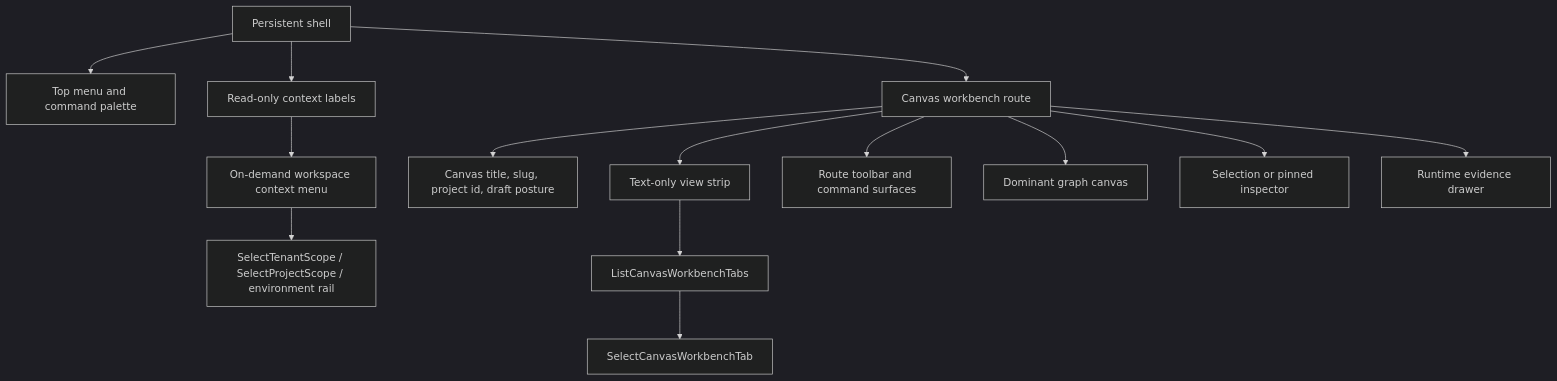
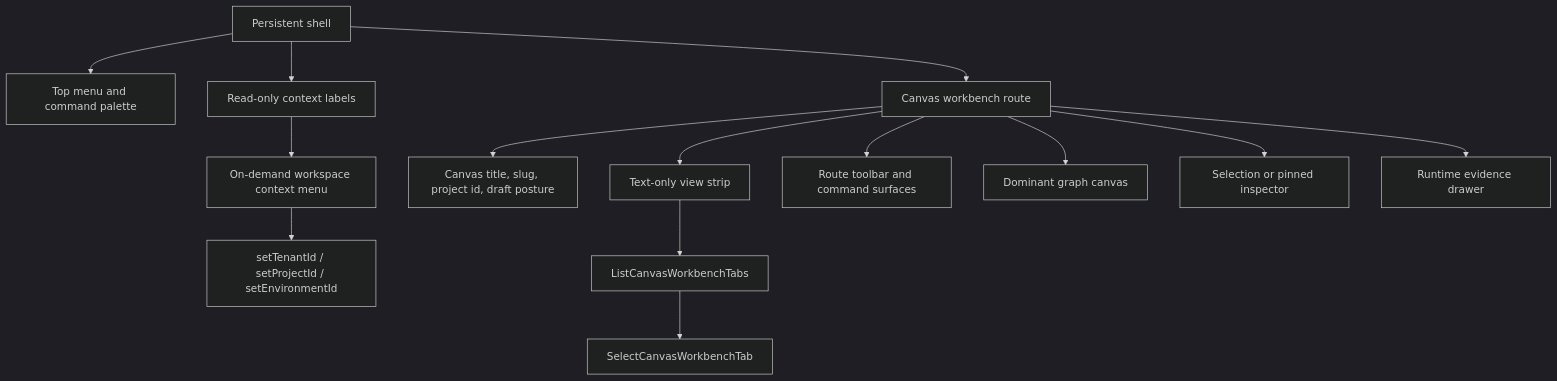
Before and after one commit to dunay2/dvt: the diagram in docs/planning/proposals/mandatory/frontend-and-ux/canvas-workbench-stage-1-chrome-simplification-implementation-plan-20260506.md, drawn with Mermaid (dark theme). The commit also changed other lines of this file and 4 other files, not shown here.

````diff
--- a/docs/planning/proposals/mandatory/frontend-and-ux/canvas-workbench-stage-1-chrome-simplification-implementation-plan-20260506.md
+++ b/docs/planning/proposals/mandatory/frontend-and-ux/canvas-workbench-stage-1-chrome-simplification-implementation-plan-20260506.md
@@ -234,16 +235,16 @@
 ```mermaid
 flowchart TB
   Shell["Persistent shell"] --> TopMenu["Top menu and command palette"]
   Shell --> Context["Read-only context labels"]
   Shell --> Canvas["Canvas workbench route"]
   Context --> ContextMenu["On-demand workspace context menu"]
-  ContextMenu --> ScopeCommands["SelectTenantScope / SelectProjectScope / environment rail"]
+  ContextMenu --> ScopeCommands["setTenantId / setProjectId / setEnvironmentId"]
   Canvas --> Title["Canvas title, slug, project id, draft posture"]
   Canvas --> Strip["Text-only view strip"]
   Canvas --> Commands["Route toolbar and command surfaces"]
   Canvas --> Graph["Dominant graph canvas"]
   Canvas --> Inspector["Selection or pinned inspector"]
   Canvas --> Runtime["Runtime evidence drawer"]
   Strip --> Tabs["ListCanvasWorkbenchTabs"]
   Tabs --> Select["SelectCanvasWorkbenchTab"]
 ```
````
